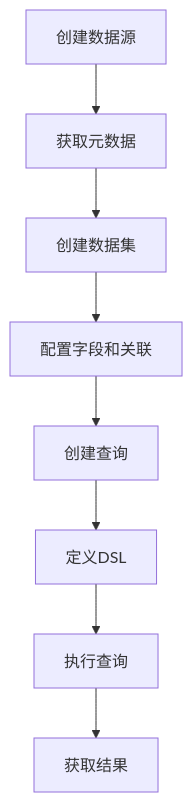
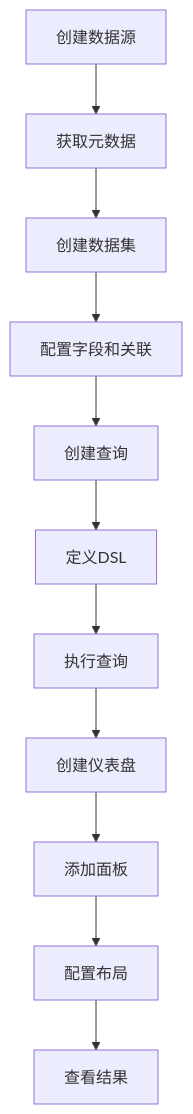
The second of 2 diagrams in apps/server/docs/server-prd-overview.md (Syedar-root/seedar), drawn with Mermaid before and after one commit. The commit also changed other lines of this file and 17 other files, not shown here.

````diff
--- a/apps/server/docs/server-prd-overview.md
+++ b/apps/server/docs/server-prd-overview.md
@@ -113,10 +141,13 @@
 ```mermaid
 flowchart TD
     A[创建数据源] --> B[获取元数据]
     B --> C[创建数据集]
     C --> D[配置字段和关联]
     D --> E[创建查询]
     E --> F[定义DSL]
     F --> G[执行查询]
-    G --> H[获取结果]
+    G --> H[创建仪表盘]
+    H --> I[添加面板]
+    I --> J[配置布局]
+    J --> K[查看结果]
 ```
````
